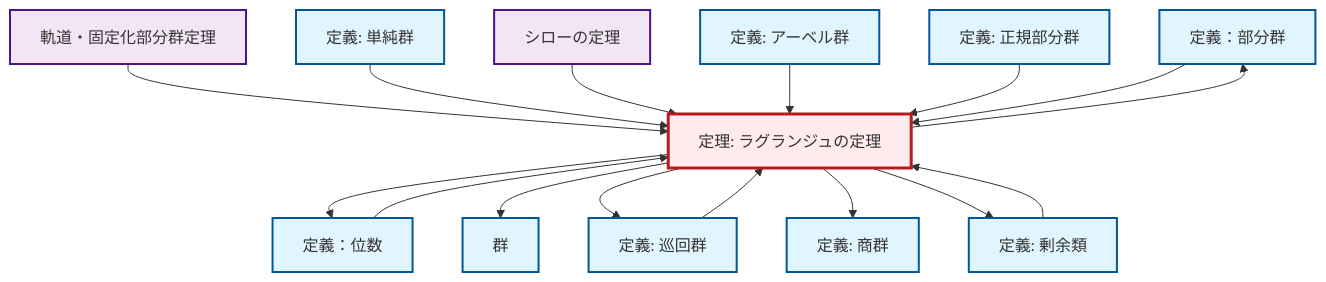
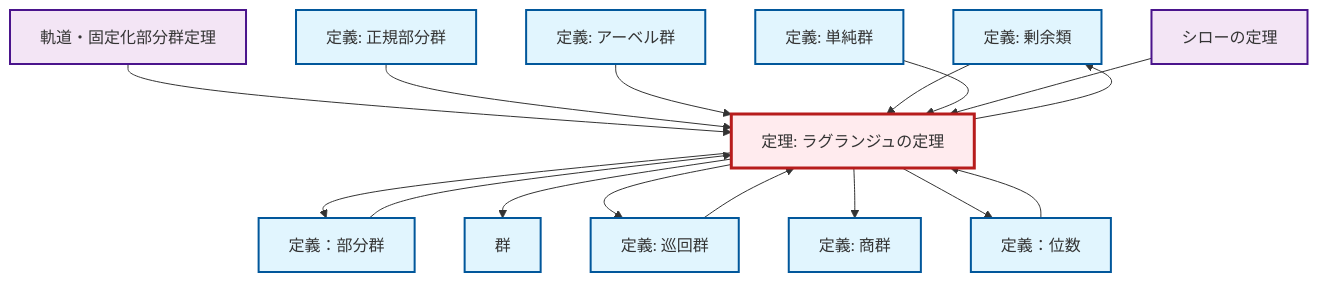
Before and after one commit to RK0429/ModernMath: the diagram in content/ja/algebra/thm-lagrange.qmd, drawn with Mermaid. The commit also changed other lines of this file and 328 other files, not shown here.

````diff
--- a/content/ja/algebra/thm-lagrange.qmd
+++ b/content/ja/algebra/thm-lagrange.qmd
@@ -55,48 +55,48 @@
 ```{mermaid}
 %%| fig-cap: "ローカル依存関係グラフ"
 graph TD
     classDef definition fill:#e1f5fe,stroke:#01579b,stroke-width:2px
     classDef theorem fill:#f3e5f5,stroke:#4a148c,stroke-width:2px
     classDef axiom fill:#fff3e0,stroke:#e65100,stroke-width:2px
     classDef example fill:#e8f5e9,stroke:#1b5e20,stroke-width:2px
     classDef current fill:#ffebee,stroke:#b71c1c,stroke-width:3px
+    def-coset["定義: 剰余類"]:::definition
+    def-normal-subgroup["定義: 正規部分群"]:::definition
+    thm-orbit-stabilizer["軌道・固定化部分群定理"]:::theorem
+    def-order["定義：位数"]:::definition
+    def-cyclic-group["定義: 巡回群"]:::definition
     def-subgroup["定義：部分群"]:::definition
-    def-normal-subgroup["定義: 正規部分群"]:::definition
-    def-cyclic-group["定義: 巡回群"]:::definition
-    def-order["定義：位数"]:::definition
+    def-simple-group["定義: 単純群"]:::definition
+    thm-lagrange["定理: ラグランジュの定理"]:::theorem
+    def-abelian-group["定義: アーベル群"]:::definition
+    def-group["群"]:::definition
     def-quotient-group["定義: 商群"]:::definition
-    thm-orbit-stabilizer["軌道・固定化部分群定理"]:::theorem
-    thm-lagrange["定理: ラグランジュの定理"]:::theorem
-    def-group["群"]:::definition
-    def-coset["定義: 剰余類"]:::definition
     thm-sylow["シローの定理"]:::theorem
-    def-simple-group["定義: 単純群"]:::definition
-    def-abelian-group["定義: アーベル群"]:::definition
+    thm-orbit-stabilizer --> thm-lagrange
+    thm-lagrange --> def-coset
     thm-lagrange --> def-subgroup
-    thm-orbit-stabilizer --> thm-lagrange
+    thm-lagrange --> def-group
+    def-normal-subgroup --> thm-lagrange
+    def-subgroup --> thm-lagrange
+    thm-lagrange --> def-cyclic-group
+    def-cyclic-group --> thm-lagrange
+    def-abelian-group --> thm-lagrange
+    thm-lagrange --> def-quotient-group
+    def-coset --> thm-lagrange
+    def-simple-group --> thm-lagrange
     thm-lagrange --> def-order
-    thm-lagrange --> def-group
+    thm-sylow --> thm-lagrange
     def-order --> thm-lagrange
-    def-simple-group --> thm-lagrange
-    thm-sylow --> thm-lagrange
-    def-abelian-group --> thm-lagrange
-    thm-lagrange --> def-cyclic-group
-    def-normal-subgroup --> thm-lagrange
-    thm-lagrange --> def-quotient-group
-    def-subgroup --> thm-lagrange
-    def-cyclic-group --> thm-lagrange
-    def-coset --> thm-lagrange
-    thm-lagrange --> def-coset
     class thm-lagrange current
+    click def-coset "def-coset.html" "剰余類の定義へ"
+    click def-normal-subgroup "def-normal-subgroup.html" "正規部分群の定義へ"
+    click thm-orbit-stabilizer "thm-orbit-stabilizer.html" "軌道・固定化部分群定理へ"
+    click def-order "def-order.html" "定義：位数へ"
+    click def-cyclic-group "def-cyclic-group.html" "巡回群の定義へ"
     click def-subgroup "def-subgroup.html" "定義：部分群へ"
-    click def-normal-subgroup "def-normal-subgroup.html" "正規部分群の定義へ"
-    click def-cyclic-group "def-cyclic-group.html" "巡回群の定義へ"
-    click def-order "def-order.html" "定義：位数へ"
-    click def-quotient-group "def-quotient-group.html" "商群の定義へ"
-    click thm-orbit-stabilizer "thm-orbit-stabilizer.html" "軌道・固定化部分群定理へ"
-    click def-group "def-group.html" "群へ"
-    click def-coset "def-coset.html" "剰余類の定義へ"
-    click thm-sylow "thm-sylow.html" "シローの定理へ"
     click def-simple-group "def-simple-group.html" "単純群の定義へ"
     click def-abelian-group "def-abelian-group.html" "アーベル群の定義へ"
+    click def-group "def-group.html" "群へ"
+    click def-quotient-group "def-quotient-group.html" "商群の定義へ"
+    click thm-sylow "thm-sylow.html" "シローの定理へ"
 ```
````
